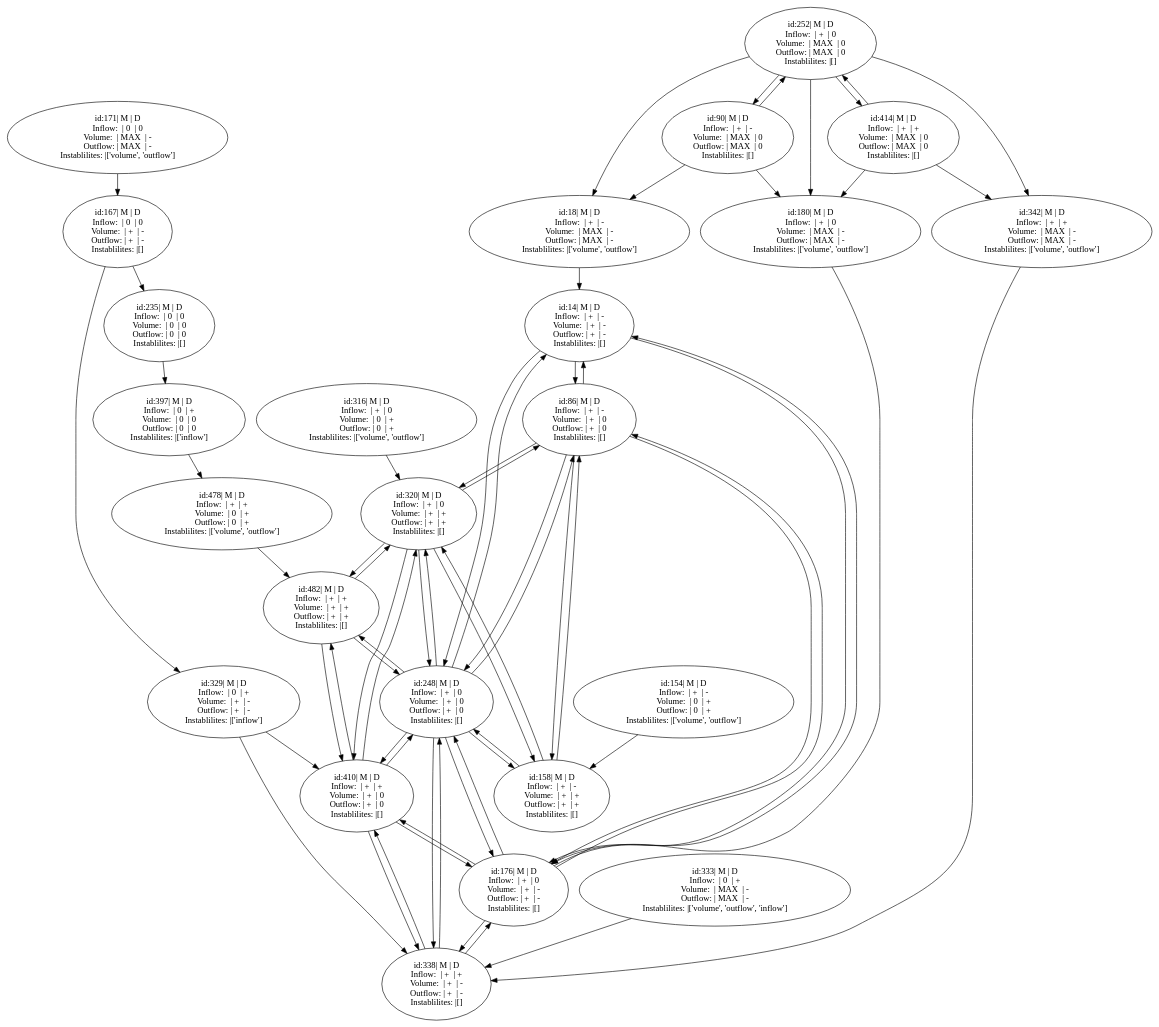
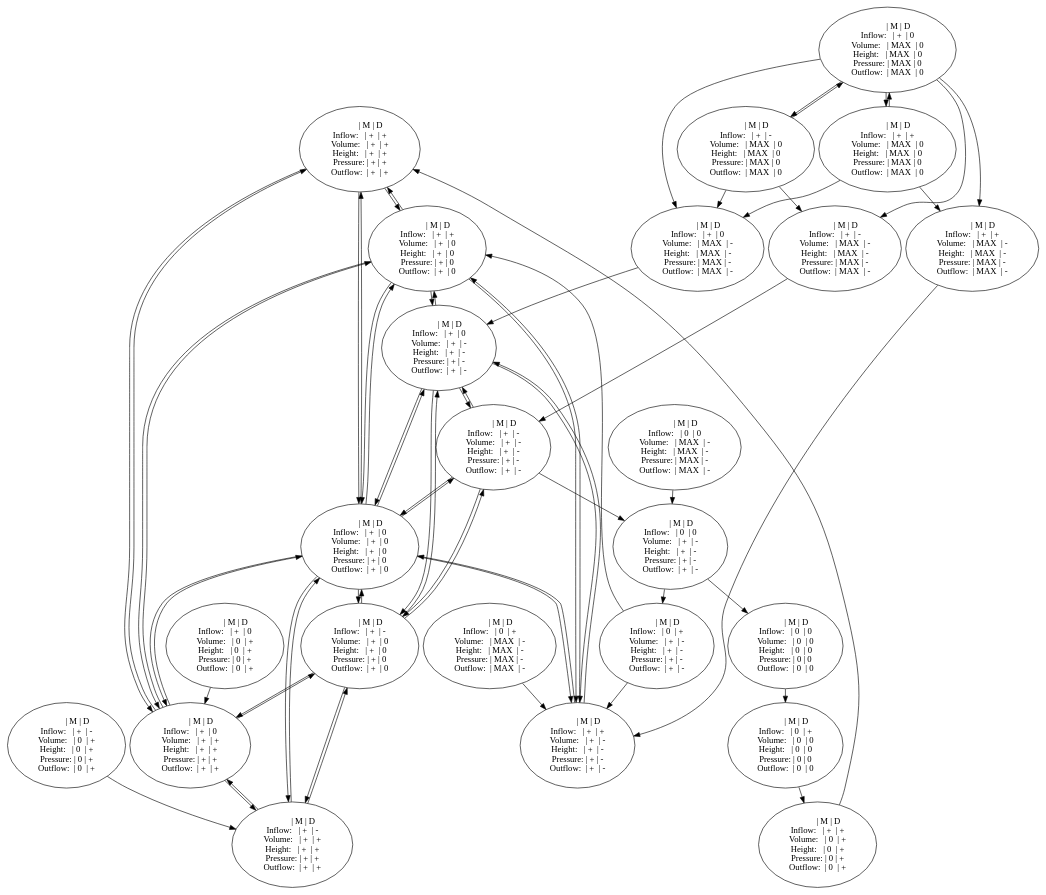
One commit to JappaB/Knowledge_Representation changed the diagram in QR assignment/graph.gv. Above: the diagram before and after it, drawn with Graphviz. The commit also changed 1 other file, not shown here.

```diff
--- a/QR assignment/graph.gv
+++ b/QR assignment/graph.gv
@@ -1,187 +1,237 @@
 digraph {
-	14 [label="id:14| M | D 
-Inflow:  | +  | -
-Volume:  | +  | -
-Outflow: | +  | -
-Instablilites: |[]"]
-	18 [label="id:18| M | D 
-Inflow:  | +  | -
-Volume:  | MAX  | -
-Outflow: | MAX  | -
-Instablilites: |['volume', 'outflow']"]
-	86 [label="id:86| M | D 
-Inflow:  | +  | -
-Volume:  | +  | 0
-Outflow: | +  | 0
-Instablilites: |[]"]
-	90 [label="id:90| M | D 
-Inflow:  | +  | -
-Volume:  | MAX  | 0
-Outflow: | MAX  | 0
-Instablilites: |[]"]
-	154 [label="id:154| M | D 
-Inflow:  | +  | -
-Volume:  | 0  | +
-Outflow: | 0  | +
-Instablilites: |['volume', 'outflow']"]
-	158 [label="id:158| M | D 
-Inflow:  | +  | -
-Volume:  | +  | +
-Outflow: | +  | +
-Instablilites: |[]"]
-	167 [label="id:167| M | D 
-Inflow:  | 0  | 0
-Volume:  | +  | -
-Outflow: | +  | -
-Instablilites: |[]"]
-	171 [label="id:171| M | D 
-Inflow:  | 0  | 0
-Volume:  | MAX  | -
-Outflow: | MAX  | -
-Instablilites: |['volume', 'outflow']"]
-	176 [label="id:176| M | D 
-Inflow:  | +  | 0
-Volume:  | +  | -
-Outflow: | +  | -
-Instablilites: |[]"]
-	180 [label="id:180| M | D 
-Inflow:  | +  | 0
-Volume:  | MAX  | -
-Outflow: | MAX  | -
-Instablilites: |['volume', 'outflow']"]
-	235 [label="id:235| M | D 
-Inflow:  | 0  | 0
-Volume:  | 0  | 0
-Outflow: | 0  | 0
-Instablilites: |[]"]
-	248 [label="id:248| M | D 
-Inflow:  | +  | 0
-Volume:  | +  | 0
-Outflow: | +  | 0
-Instablilites: |[]"]
-	252 [label="id:252| M | D 
-Inflow:  | +  | 0
-Volume:  | MAX  | 0
-Outflow: | MAX  | 0
-Instablilites: |[]"]
-	316 [label="id:316| M | D 
-Inflow:  | +  | 0
-Volume:  | 0  | +
-Outflow: | 0  | +
-Instablilites: |['volume', 'outflow']"]
-	320 [label="id:320| M | D 
-Inflow:  | +  | 0
-Volume:  | +  | +
-Outflow: | +  | +
-Instablilites: |[]"]
-	329 [label="id:329| M | D 
-Inflow:  | 0  | +
-Volume:  | +  | -
-Outflow: | +  | -
-Instablilites: |['inflow']"]
-	333 [label="id:333| M | D 
-Inflow:  | 0  | +
-Volume:  | MAX  | -
-Outflow: | MAX  | -
-Instablilites: |['volume', 'outflow', 'inflow']"]
-	338 [label="id:338| M | D 
-Inflow:  | +  | +
-Volume:  | +  | -
-Outflow: | +  | -
-Instablilites: |[]"]
-	342 [label="id:342| M | D 
-Inflow:  | +  | +
-Volume:  | MAX  | -
-Outflow: | MAX  | -
-Instablilites: |['volume', 'outflow']"]
-	397 [label="id:397| M | D 
-Inflow:  | 0  | +
-Volume:  | 0  | 0
-Outflow: | 0  | 0
-Instablilites: |['inflow']"]
-	410 [label="id:410| M | D 
-Inflow:  | +  | +
-Volume:  | +  | 0
-Outflow: | +  | 0
-Instablilites: |[]"]
-	414 [label="id:414| M | D 
-Inflow:  | +  | +
-Volume:  | MAX  | 0
-Outflow: | MAX  | 0
-Instablilites: |[]"]
-	478 [label="id:478| M | D 
-Inflow:  | +  | +
-Volume:  | 0  | +
-Outflow: | 0  | +
-Instablilites: |['volume', 'outflow']"]
-	482 [label="id:482| M | D 
-Inflow:  | +  | +
-Volume:  | +  | +
-Outflow: | +  | +
-Instablilites: |[]"]
-		18 -> 14
-		14 -> 86
-		86 -> 14
-		14 -> 176
-		176 -> 14
-		14 -> 248
-		248 -> 14
-		90 -> 18
-		252 -> 18
-		86 -> 158
-		158 -> 86
-		86 -> 176
-		176 -> 86
-		86 -> 248
-		248 -> 86
-		86 -> 320
-		320 -> 86
-		90 -> 180
-		90 -> 252
-		252 -> 90
-		154 -> 158
-		158 -> 248
-		248 -> 158
-		158 -> 320
-		320 -> 158
-		171 -> 167
-		167 -> 235
-		167 -> 329
-		180 -> 176
-		176 -> 248
-		248 -> 176
-		176 -> 338
-		338 -> 176
-		176 -> 410
-		410 -> 176
-		252 -> 180
-		414 -> 180
-		235 -> 397
-		248 -> 320
-		320 -> 248
-		248 -> 338
-		338 -> 248
-		248 -> 410
-		410 -> 248
-		248 -> 482
-		482 -> 248
-		252 -> 342
-		252 -> 414
-		414 -> 252
-		316 -> 320
-		320 -> 410
-		410 -> 320
-		320 -> 482
-		482 -> 320
-		329 -> 338
-		329 -> 410
-		333 -> 338
-		342 -> 338
-		338 -> 410
-		410 -> 338
-		414 -> 342
-		397 -> 478
-		410 -> 482
-		482 -> 410
-		478 -> 482
+	graph [center=true margin=0.2 nodesep=0.1 rankdir=UD ranksep=0.3]
+		39326 [label="           | M | D 
+Inflow:   | +  | +
+Volume:   | +  | +
+Height:   | +  | +
+Pressure: | + | +
+Outflow:  | +  | +
+"]
+		39286 [label="           | M | D 
+Inflow:   | +  | +
+Volume:   | 0  | +
+Height:   | 0  | +
+Pressure: | 0 | +
+Outflow:  | 0  | +
+"]
+		32886 [label="           | M | D 
+Inflow:   | +  | +
+Volume:   | MAX  | 0
+Height:   | MAX  | 0
+Pressure: | MAX | 0
+Outflow:  | MAX  | 0
+"]
+		32846 [label="           | M | D 
+Inflow:   | +  | +
+Volume:   | +  | 0
+Height:   | +  | 0
+Pressure: | + | 0
+Outflow:  | +  | 0
+"]
+		32725 [label="           | M | D 
+Inflow:   | 0  | +
+Volume:   | 0  | 0
+Height:   | 0  | 0
+Pressure: | 0 | 0
+Outflow:  | 0  | 0
+"]
+		26406 [label="           | M | D 
+Inflow:   | +  | +
+Volume:   | MAX  | -
+Height:   | MAX  | -
+Pressure: | MAX | -
+Outflow:  | MAX  | -
+"]
+		26366 [label="           | M | D 
+Inflow:   | +  | +
+Volume:   | +  | -
+Height:   | +  | -
+Pressure: | + | -
+Outflow:  | +  | -
+"]
+		26325 [label="           | M | D 
+Inflow:   | 0  | +
+Volume:   | MAX  | -
+Height:   | MAX  | -
+Pressure: | MAX | -
+Outflow:  | MAX  | -
+"]
+		26285 [label="           | M | D 
+Inflow:   | 0  | +
+Volume:   | +  | -
+Height:   | +  | -
+Pressure: | + | -
+Outflow:  | +  | -
+"]
+		26204 [label="           | M | D 
+Inflow:   | +  | 0
+Volume:   | +  | +
+Height:   | +  | +
+Pressure: | + | +
+Outflow:  | +  | +
+"]
+		26164 [label="           | M | D 
+Inflow:   | +  | 0
+Volume:   | 0  | +
+Height:   | 0  | +
+Pressure: | 0 | +
+Outflow:  | 0  | +
+"]
+		19764 [label="           | M | D 
+Inflow:   | +  | 0
+Volume:   | MAX  | 0
+Height:   | MAX  | 0
+Pressure: | MAX | 0
+Outflow:  | MAX  | 0
+"]
+		19724 [label="           | M | D 
+Inflow:   | +  | 0
+Volume:   | +  | 0
+Height:   | +  | 0
+Pressure: | + | 0
+Outflow:  | +  | 0
+"]
+		19603 [label="           | M | D 
+Inflow:   | 0  | 0
+Volume:   | 0  | 0
+Height:   | 0  | 0
+Pressure: | 0 | 0
+Outflow:  | 0  | 0
+"]
+		13284 [label="           | M | D 
+Inflow:   | +  | 0
+Volume:   | MAX  | -
+Height:   | MAX  | -
+Pressure: | MAX | -
+Outflow:  | MAX  | -
+"]
+		13244 [label="           | M | D 
+Inflow:   | +  | 0
+Volume:   | +  | -
+Height:   | +  | -
+Pressure: | + | -
+Outflow:  | +  | -
+"]
+		13203 [label="           | M | D 
+Inflow:   | 0  | 0
+Volume:   | MAX  | -
+Height:   | MAX  | -
+Pressure: | MAX | -
+Outflow:  | MAX  | -
+"]
+		13163 [label="           | M | D 
+Inflow:   | 0  | 0
+Volume:   | +  | -
+Height:   | +  | -
+Pressure: | + | -
+Outflow:  | +  | -
+"]
+		13082 [label="           | M | D 
+Inflow:   | +  | -
+Volume:   | +  | +
+Height:   | +  | +
+Pressure: | + | +
+Outflow:  | +  | +
+"]
+		13042 [label="           | M | D 
+Inflow:   | +  | -
+Volume:   | 0  | +
+Height:   | 0  | +
+Pressure: | 0 | +
+Outflow:  | 0  | +
+"]
+		6642 [label="           | M | D 
+Inflow:   | +  | -
+Volume:   | MAX  | 0
+Height:   | MAX  | 0
+Pressure: | MAX | 0
+Outflow:  | MAX  | 0
+"]
+		6602 [label="           | M | D 
+Inflow:   | +  | -
+Volume:   | +  | 0
+Height:   | +  | 0
+Pressure: | + | 0
+Outflow:  | +  | 0
+"]
+		162 [label="           | M | D 
+Inflow:   | +  | -
+Volume:   | MAX  | -
+Height:   | MAX  | -
+Pressure: | MAX | -
+Outflow:  | MAX  | -
+"]
+		122 [label="           | M | D 
+Inflow:   | +  | -
+Volume:   | +  | -
+Height:   | +  | -
+Pressure: | + | -
+Outflow:  | +  | -
+"]
+			162 -> 122
+			122 -> 6602
+			6602 -> 122
+			122 -> 13163
+			122 -> 13244
+			13244 -> 122
+			122 -> 19724
+			19724 -> 122
+			6642 -> 162
+			19764 -> 162
+			6602 -> 13082
+			13082 -> 6602
+			6602 -> 13244
+			13244 -> 6602
+			6602 -> 19724
+			19724 -> 6602
+			6602 -> 26204
+			26204 -> 6602
+			6642 -> 13284
+			6642 -> 19764
+			19764 -> 6642
+			13042 -> 13082
+			13082 -> 19724
+			19724 -> 13082
+			13082 -> 26204
+			26204 -> 13082
+			13203 -> 13163
+			13163 -> 19603
+			13163 -> 26285
+			13284 -> 13244
+			13244 -> 19724
+			19724 -> 13244
+			13244 -> 26366
+			26366 -> 13244
+			13244 -> 32846
+			32846 -> 13244
+			19764 -> 13284
+			32886 -> 13284
+			19603 -> 32725
+			19724 -> 26204
+			26204 -> 19724
+			19724 -> 26366
+			26366 -> 19724
+			19724 -> 32846
+			32846 -> 19724
+			19724 -> 39326
+			39326 -> 19724
+			19764 -> 26406
+			19764 -> 32886
+			32886 -> 19764
+			26164 -> 26204
+			26204 -> 32846
+			32846 -> 26204
+			26204 -> 39326
+			39326 -> 26204
+			26285 -> 26366
+			26285 -> 32846
+			26325 -> 26366
+			26406 -> 26366
+			26366 -> 32846
+			32846 -> 26366
+			32886 -> 26406
+			32725 -> 39286
+			32846 -> 39326
+			39326 -> 32846
+			39286 -> 39326
 }
```
